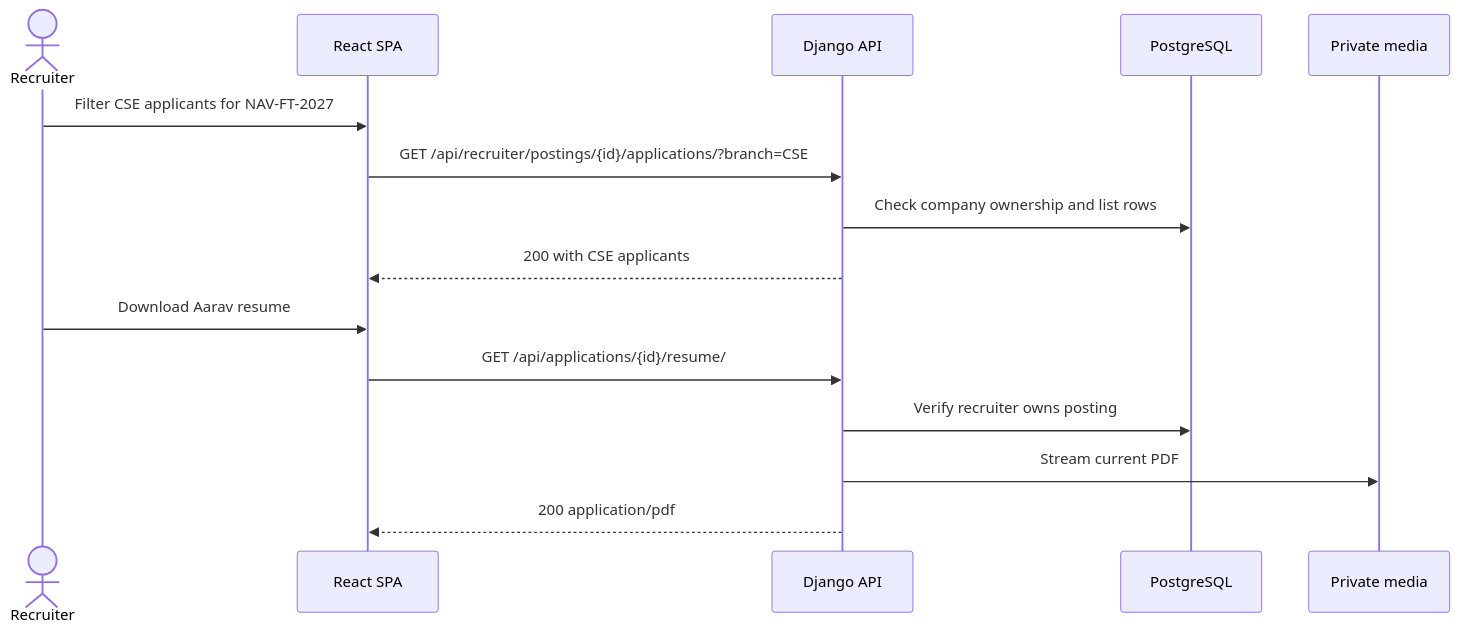
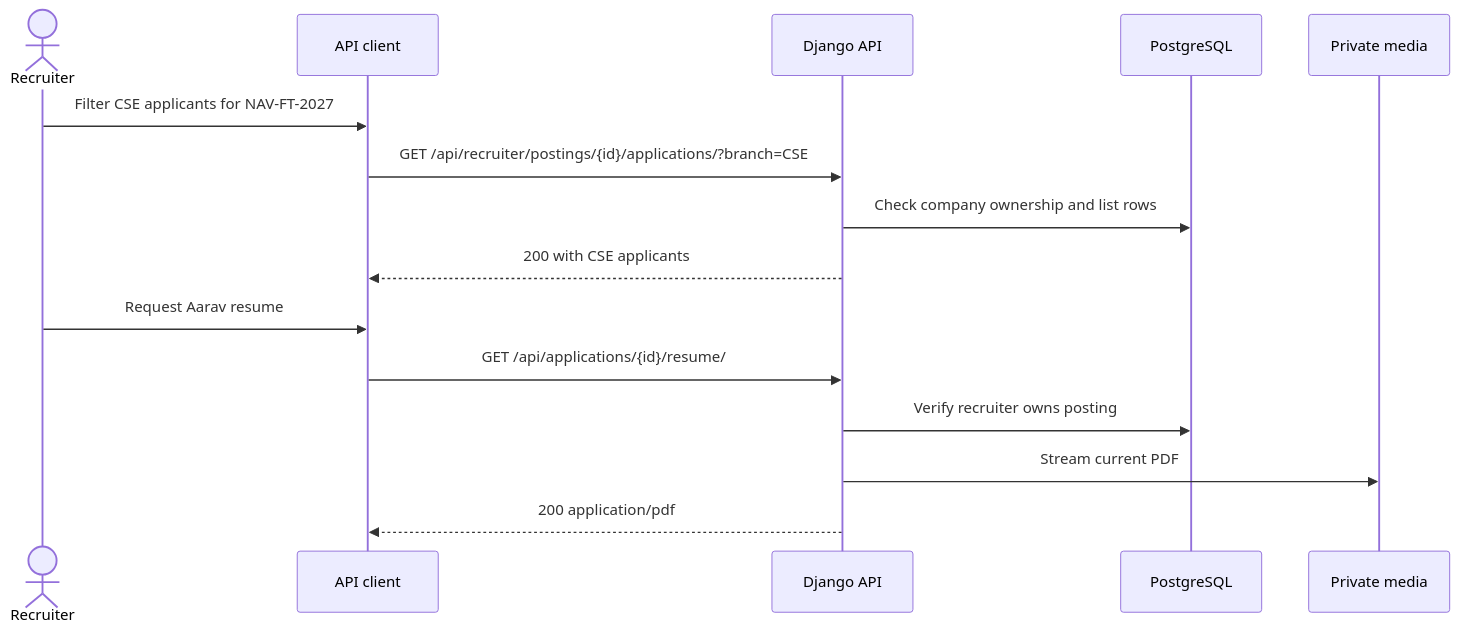
Before and after one commit to sukurcf/spec-campushire-placement-portal: the seventh of 7 diagrams in docs/05-system-architecture.md, drawn with Mermaid. The commit also changed other lines of this file and 14 other files, not shown here.

````diff
--- a/docs/05-system-architecture.md
+++ b/docs/05-system-architecture.md
@@ -137,17 +133,17 @@
 ```mermaid
 sequenceDiagram
     actor Recruiter
-    participant SPA as React SPA
+    participant Client as API client
     participant API as Django API
     participant DB as PostgreSQL
     participant Media as Private media
-    Recruiter->>SPA: Filter CSE applicants for NAV-FT-2027
-    SPA->>API: GET /api/recruiter/postings/{id}/applications/?branch=CSE
+    Recruiter->>Client: Filter CSE applicants for NAV-FT-2027
+    Client->>API: GET /api/recruiter/postings/{id}/applications/?branch=CSE
     API->>DB: Check company ownership and list rows
-    API-->>SPA: 200 with CSE applicants
-    Recruiter->>SPA: Download Aarav resume
-    SPA->>API: GET /api/applications/{id}/resume/
+    API-->>Client: 200 with CSE applicants
+    Recruiter->>Client: Request Aarav resume
+    Client->>API: GET /api/applications/{id}/resume/
     API->>DB: Verify recruiter owns posting
     API->>Media: Stream current PDF
-    API-->>SPA: 200 application/pdf
+    API-->>Client: 200 application/pdf
 ```
````
